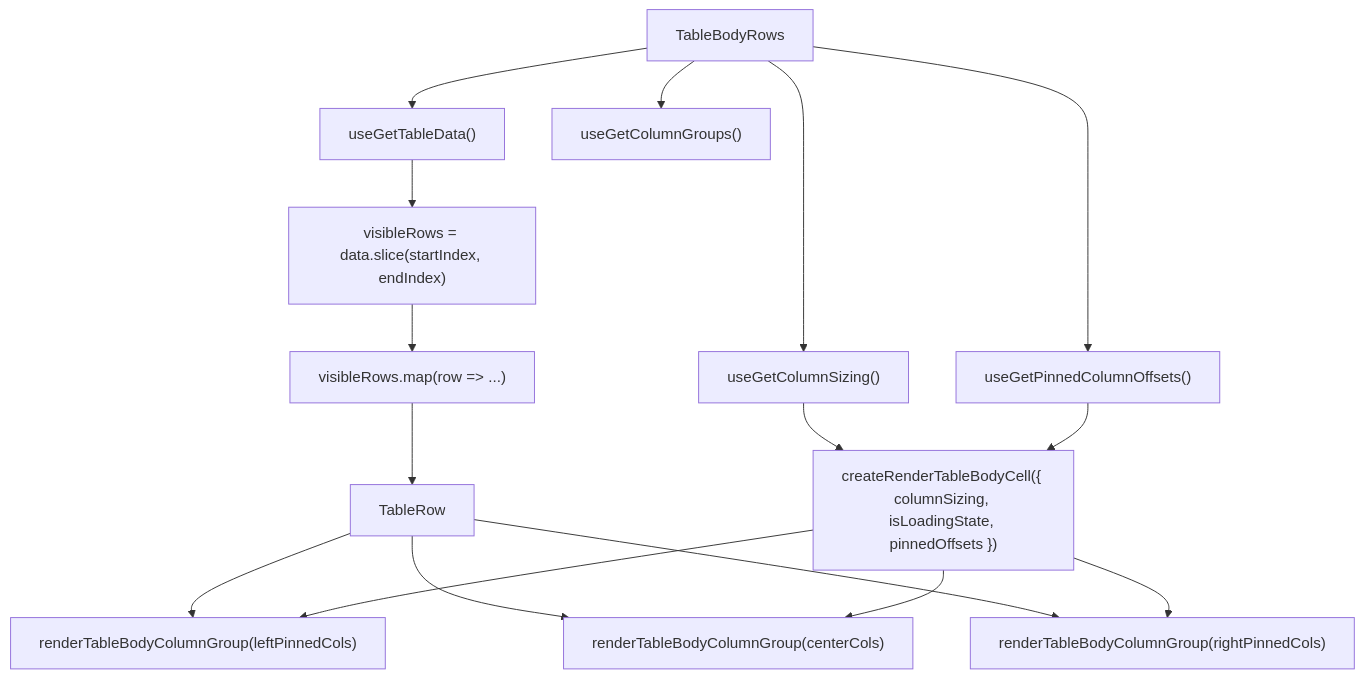
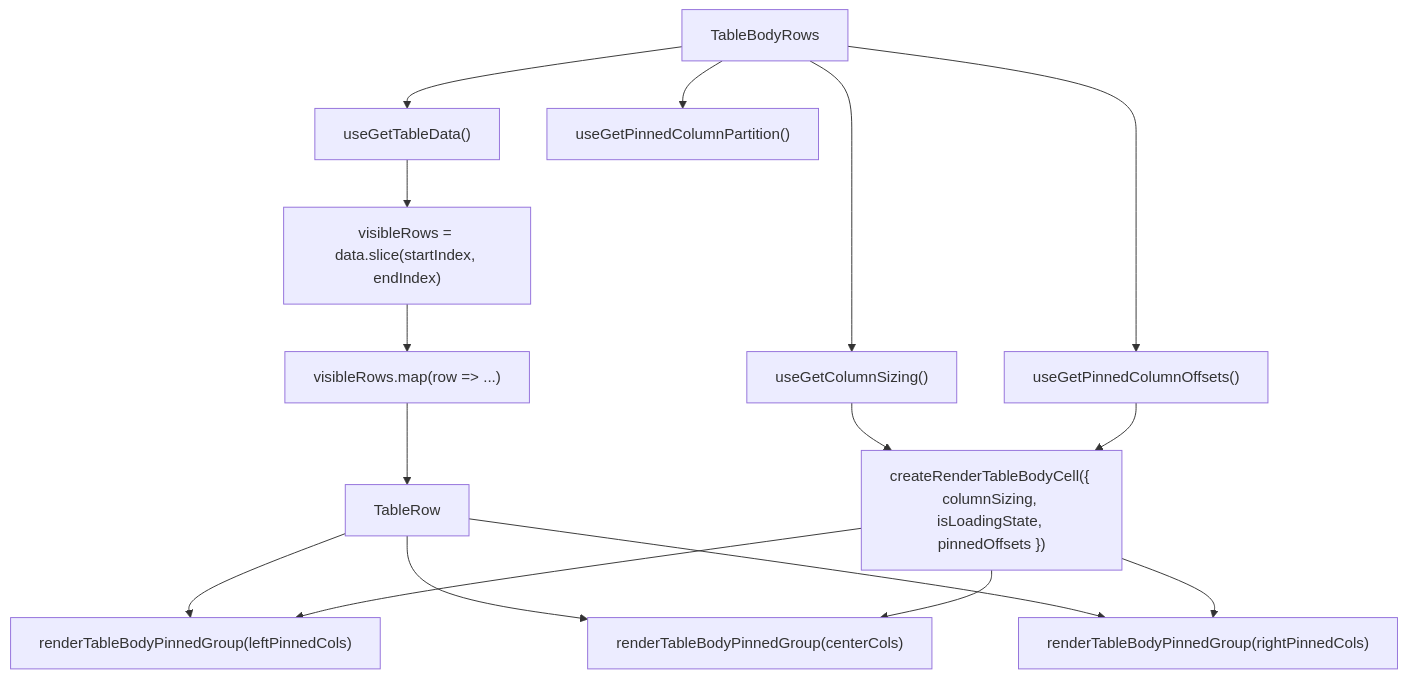
One commit to luciocabrera/lcabrera-stack changed the diagram in packages/ui/src/components/Table/TableBodyRows/ARCHITECTURE.md. Above: the diagram before and after it, drawn with Mermaid. The commit also changed other lines of this file and 41 other files, not shown here.

````diff
--- a/packages/ui/src/components/Table/TableBodyRows/ARCHITECTURE.md
+++ b/packages/ui/src/components/Table/TableBodyRows/ARCHITECTURE.md
@@ -36,20 +36,20 @@
 ```mermaid
 graph TD
   TBR["TableBodyRows"] --> data["useGetTableData()"]
-  TBR --> CG["useGetColumnGroups()"]
+  TBR --> CG["useGetPinnedColumnPartition()"]
   TBR --> CS["useGetColumnSizing()"]
   TBR --> PO["useGetPinnedColumnOffsets()"]
 
   data --> slice["visibleRows = data.slice(startIndex, endIndex)"]
   CS --> renderer["createRenderTableBodyCell({ columnSizing, isLoadingState, pinnedOffsets })"]
   PO --> renderer
 
   slice --> map["visibleRows.map(row => ...)"]
   map --> TR["TableRow"]
-  TR --> left["renderTableBodyColumnGroup(leftPinnedCols)"]
-  TR --> center["renderTableBodyColumnGroup(centerCols)"]
-  TR --> right["renderTableBodyColumnGroup(rightPinnedCols)"]
+  TR --> left["renderTableBodyPinnedGroup(leftPinnedCols)"]
+  TR --> center["renderTableBodyPinnedGroup(centerCols)"]
+  TR --> right["renderTableBodyPinnedGroup(rightPinnedCols)"]
   renderer --> left
   renderer --> center
   renderer --> right
 ```
````
